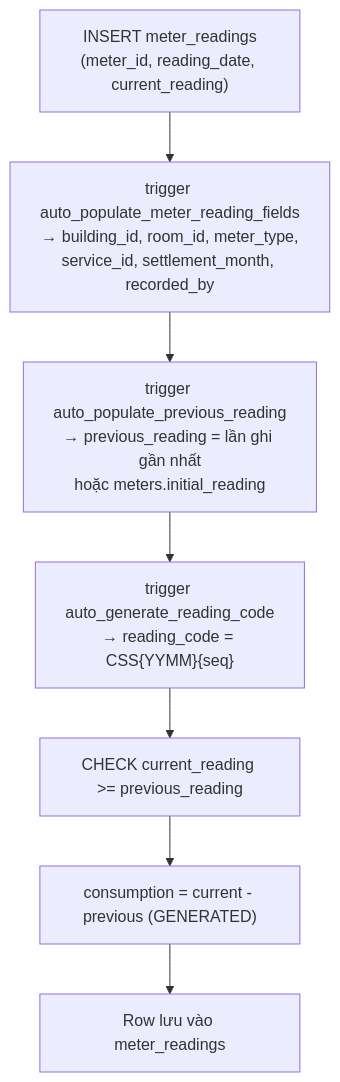
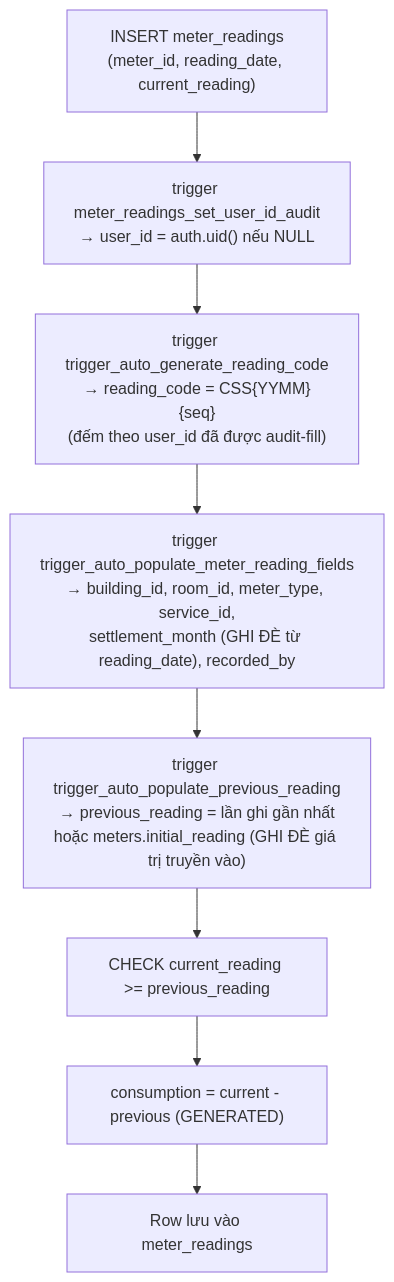
One commit to zxGreenxz/whiteboard-ihomecrm changed the second of 3 diagrams in docs/he-thong/06-cong-to-chi-so.md. Above: the diagram before and after it, drawn with Mermaid. The commit also changed other lines of this file and 17 other files, not shown here.

First line of the commit message:
docs(he-thong): audit toàn bộ 17 doc vs code + thêm domain 15 kênh công khai

````diff
--- a/docs/he-thong/06-cong-to-chi-so.md
+++ b/docs/he-thong/06-cong-to-chi-so.md
@@ -131,9 +131,10 @@
 ```mermaid
 flowchart TD
-    A["INSERT meter_readings<br/>(meter_id, reading_date, current_reading)"] --> B["trigger auto_populate_meter_reading_fields<br/>→ building_id, room_id, meter_type,<br/>service_id, settlement_month, recorded_by"]
-    B --> C["trigger auto_populate_previous_reading<br/>→ previous_reading = lần ghi gần nhất<br/>hoặc meters.initial_reading"]
-    C --> D["trigger auto_generate_reading_code<br/>→ reading_code = CSS{YYMM}{seq}"]
-    D --> E["CHECK current_reading >= previous_reading"]
+    A["INSERT meter_readings<br/>(meter_id, reading_date, current_reading)"] --> B0["trigger meter_readings_set_user_id_audit<br/>→ user_id = auth.uid() nếu NULL"]
+    B0 --> D["trigger trigger_auto_generate_reading_code<br/>→ reading_code = CSS{YYMM}{seq}<br/>(đếm theo user_id đã được audit-fill)"]
+    D --> B["trigger trigger_auto_populate_meter_reading_fields<br/>→ building_id, room_id, meter_type, service_id,<br/>settlement_month (GHI ĐÈ từ reading_date), recorded_by"]
+    B --> C["trigger trigger_auto_populate_previous_reading<br/>→ previous_reading = lần ghi gần nhất<br/>hoặc meters.initial_reading (GHI ĐÈ giá trị truyền vào)"]
+    C --> E["CHECK current_reading >= previous_reading"]
     E --> F["consumption = current - previous (GENERATED)"]
     F --> G["Row lưu vào meter_readings"]
 ```
````
